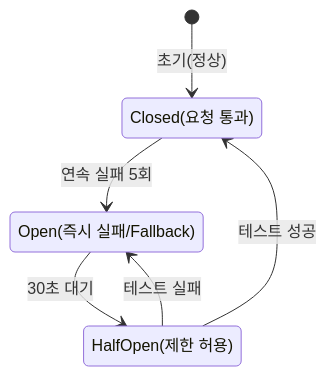
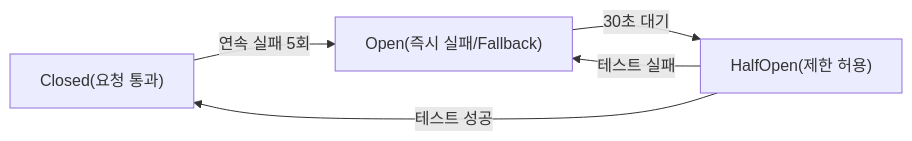
Before and after one commit to yjkim2015/yjkim2015.github.io: the tenth of 15 diagrams in _posts/architecture/2026-05-02-msa-deep.md, drawn with Mermaid. The commit also changed 50 other files, not shown here.

First line of the commit message:
stateDiagram 11개 graph LR 변환 + 테이블 빈 셀 17개 수정

````diff
--- a/_posts/architecture/2026-05-02-msa-deep.md
+++ b/_posts/architecture/2026-05-02-msa-deep.md
@@ -298,11 +298,10 @@
 ```mermaid
-stateDiagram-v2
-    [*] --> Closed: 초기(정상)
-    Closed --> Open: 연속 실패 5회
-    Open --> HalfOpen: 30초 대기
-    HalfOpen --> Closed: 테스트 성공
-    HalfOpen --> Open: 테스트 실패
-    Closed: Closed(요청 통과)
-    Open: Open(즉시 실패/Fallback)
-    HalfOpen: HalfOpen(제한 허용)
+graph LR
+    Closed["Closed(요청 통과)"]
+    Open["Open(즉시 실패/Fallback)"]
+    HalfOpen["HalfOpen(제한 허용)"]
+    Closed -->|"연속 실패 5회"| Open
+    Open -->|"30초 대기"| HalfOpen
+    HalfOpen -->|"테스트 성공"| Closed
+    HalfOpen -->|"테스트 실패"| Open
 ```
````
